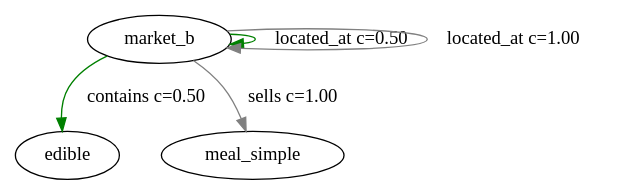
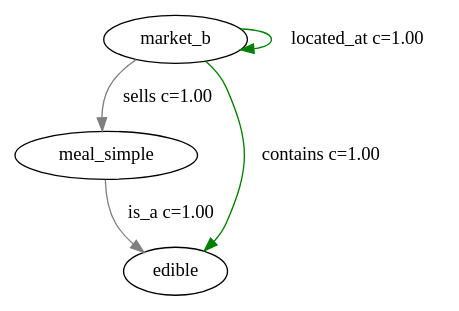
One commit to lskllk/city_sim changed the diagram in docs/kb_n3_d7.dot. Above: the diagram before and after it, drawn with Graphviz. The commit also changed 53 other files, not shown here.

```diff
--- a/docs/kb_n3_d7.dot
+++ b/docs/kb_n3_d7.dot
@@ -1,6 +1,6 @@
 digraph kb {
-  "market_b" -> "edible" [label="contains c=0.50" color="green"];
-  "market_b" -> "market_b" [label="located_at c=0.50" color="green"];
   "market_b" -> "meal_simple" [label="sells c=1.00" color="gray"];
-  "market_b" -> "market_b" [label="located_at c=1.00" color="gray"];
+  "meal_simple" -> "edible" [label="is_a c=1.00" color="gray"];
+  "market_b" -> "edible" [label="contains c=1.00" color="green"];
+  "market_b" -> "market_b" [label="located_at c=1.00" color="green"];
 }
```
